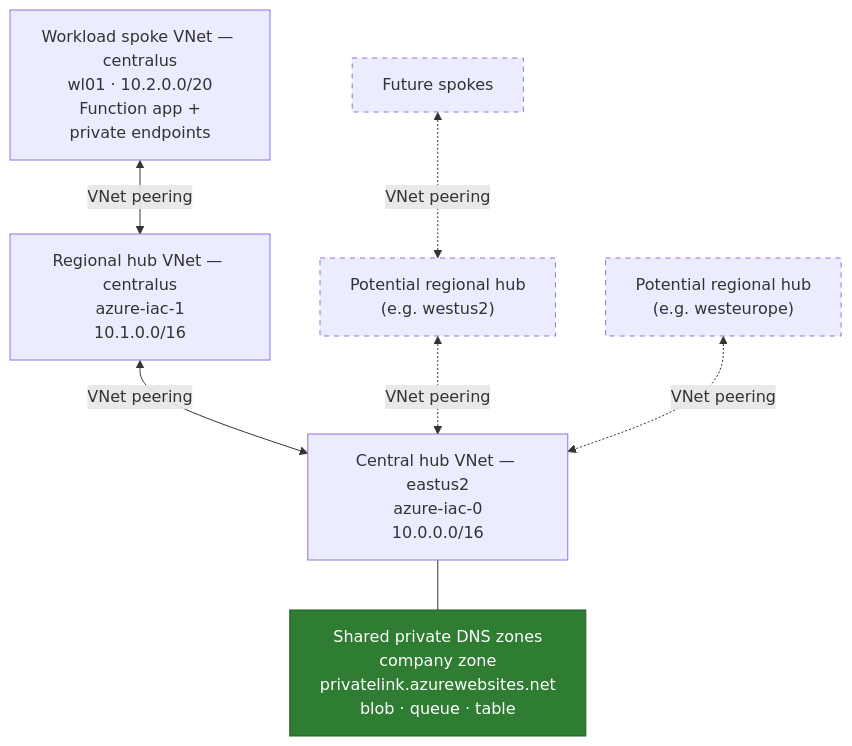
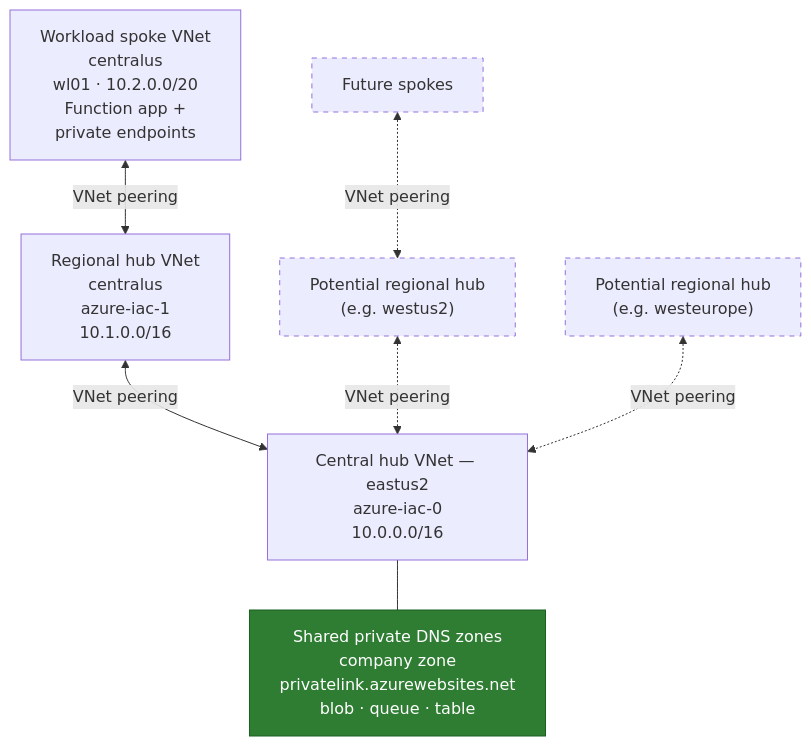
Before and after one commit to jshurak/azure-iac: the first of 2 diagrams in README.md, drawn with Mermaid.

Commit message:
adding breaks where text is cut off

````diff
--- a/README.md
+++ b/README.md
@@ -15,23 +15,23 @@
 ```mermaid
 flowchart TB
   HUB0["Central hub VNet — eastus2<br/>azure-iac-0<br/>10.0.0.0/16"]
   DNS["Shared private DNS zones<br/>company zone<br/>privatelink.azurewebsites.net<br/>blob · queue · table"]
-  HUB1["Regional hub VNet — centralus<br/>azure-iac-1<br/>10.1.0.0/16"]
-  SPOKE["Workload spoke VNet — centralus<br/>wl01 · 10.2.0.0/20<br/>Function app +<br/>private endpoints"]
+  HUB1["Regional hub VNet </br> centralus<br/>azure-iac-1<br/>10.1.0.0/16"]
+  SPOKE["Workload spoke VNet </br> centralus<br/>wl01 · 10.2.0.0/20<br/>Function app +<br/>private endpoints"]
 
   HUBX["Potential regional hub<br/>(e.g. westus2)"]
   HUBY["Potential regional hub<br/>(e.g. westeurope)"]
   SPOKEX["Future spokes"]
 
   HUB0 --- DNS
   HUB1 <-- "VNet peering" --> HUB0
   SPOKE <-- "VNet peering" --> HUB1
   HUBX <-. "VNet peering" .-> HUB0
   HUBY <-. "VNet peering" .-> HUB0
   SPOKEX <-. "VNet peering" .-> HUBX
 
   style DNS fill:#2e7d32,stroke:#1b5e20,color:#ffffff
   style HUBX stroke-dasharray: 5 5
   style HUBY stroke-dasharray: 5 5
   style SPOKEX stroke-dasharray: 5 5
 ```
````
